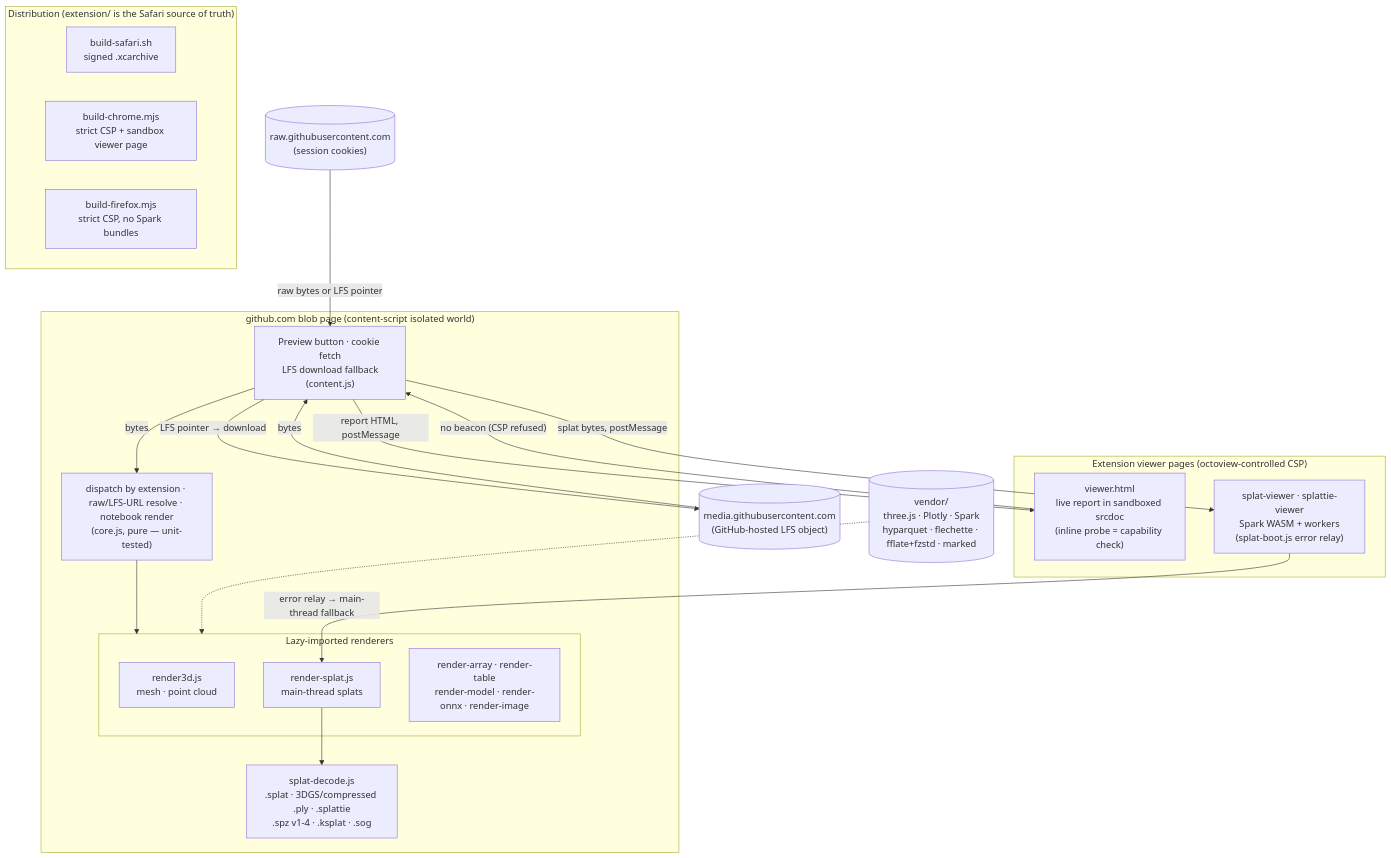
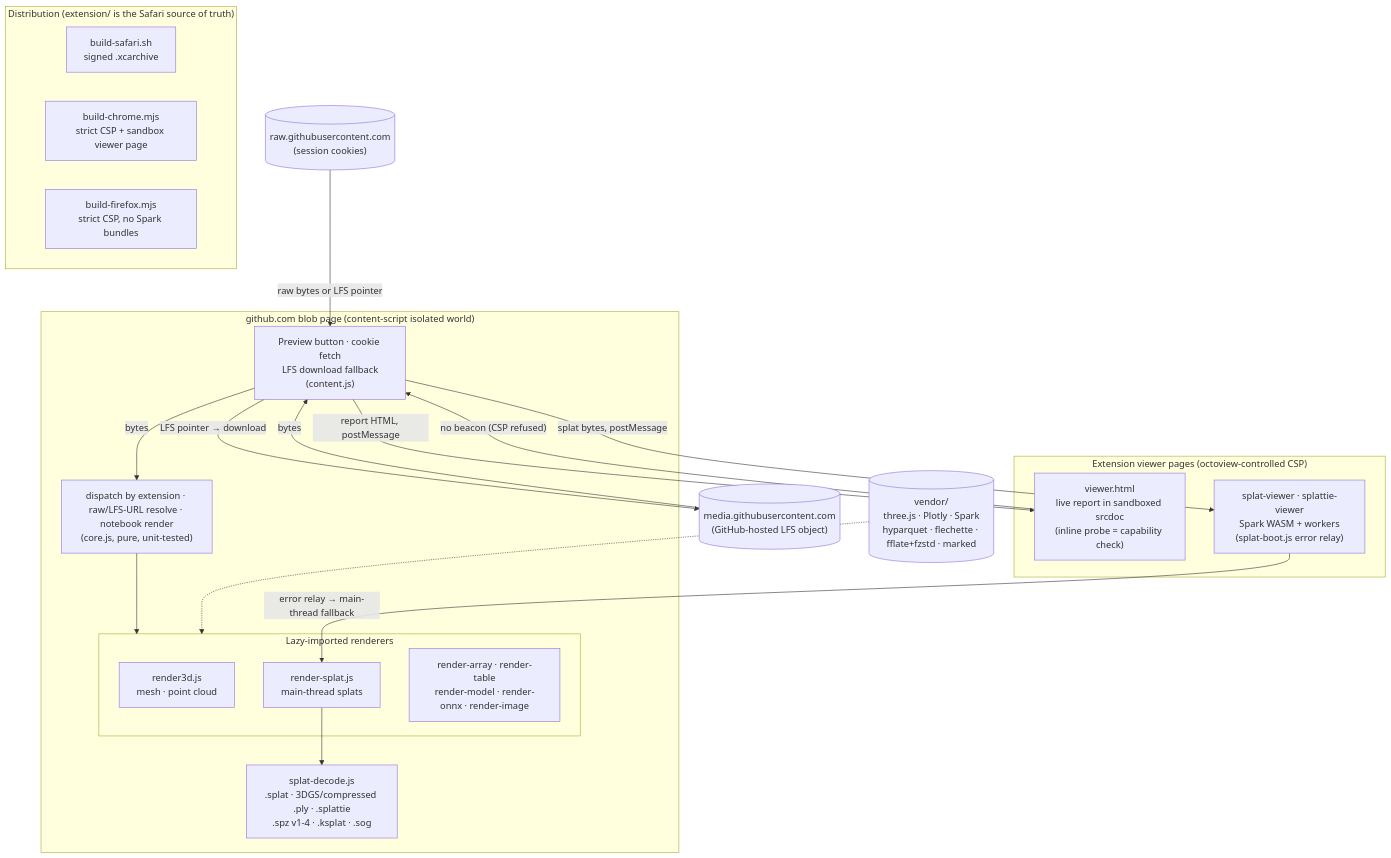
One commit to affromero/octoview changed the diagram in README.md. Above: the diagram before and after it, drawn with Mermaid. The commit also changed other lines of this file, not shown here.

````diff
--- a/README.md
+++ b/README.md
@@ -155,40 +155,40 @@
 ```mermaid
 flowchart TD
     subgraph blob["github.com blob page (content-script isolated world)"]
         content["Preview button · cookie fetch<br/>LFS download fallback<br/>(content.js)"]
-        core["dispatch by extension · raw/LFS-URL resolve · notebook render<br/>(core.js, pure — unit-tested)"]
+        core["dispatch by extension · raw/LFS-URL resolve · notebook render<br/>(core.js, pure, unit-tested)"]
         subgraph renderers["Lazy-imported renderers"]
             r3d["render3d.js<br/>mesh · point cloud"]
             rsplat["render-splat.js<br/>main-thread splats"]
             rmisc["render-array · render-table<br/>render-model · render-onnx · render-image"]
         end
         decode["splat-decode.js<br/>.splat · 3DGS/compressed .ply · .splattie<br/>.spz v1-4 · .ksplat · .sog"]
     end
 
     subgraph pages["Extension viewer pages (octoview-controlled CSP)"]
         viewer["viewer.html<br/>live report in sandboxed srcdoc<br/>(inline probe = capability check)"]
         sparkview["splat-viewer · splattie-viewer<br/>Spark WASM + workers<br/>(splat-boot.js error relay)"]
     end
 
     gh[("raw.githubusercontent.com<br/>(session cookies)")]
     lfs[("media.githubusercontent.com<br/>(GitHub-hosted LFS object)")]
     vendor[("vendor/<br/>three.js · Plotly · Spark<br/>hyparquet · flechette · fflate+fzstd · marked")]
 
     content -->|bytes| core
     gh -->|raw bytes or LFS pointer| content
     content -->|LFS pointer → download| lfs
     lfs -->|bytes| content
     core --> renderers
     rsplat --> decode
     vendor -.-> renderers
     content -->|report HTML, postMessage| viewer
     content -->|splat bytes, postMessage| sparkview
     viewer -->|"no beacon (CSP refused)"| content
     sparkview -->|"error relay → main-thread fallback"| rsplat
 
     subgraph builds["Distribution (extension/ is the Safari source of truth)"]
         safari["build-safari.sh<br/>signed .xcarchive"]
         chrome["build-chrome.mjs<br/>strict CSP + sandbox viewer page"]
         firefox["build-firefox.mjs<br/>strict CSP, no Spark bundles"]
     end
 ```
````
